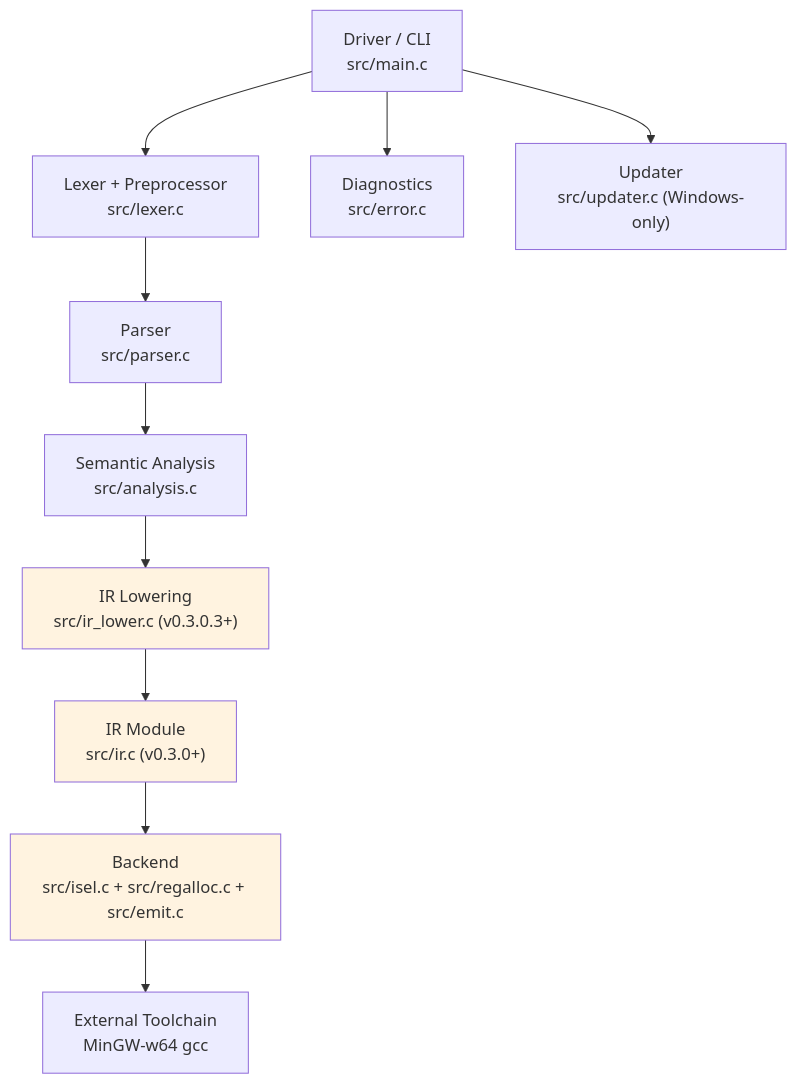
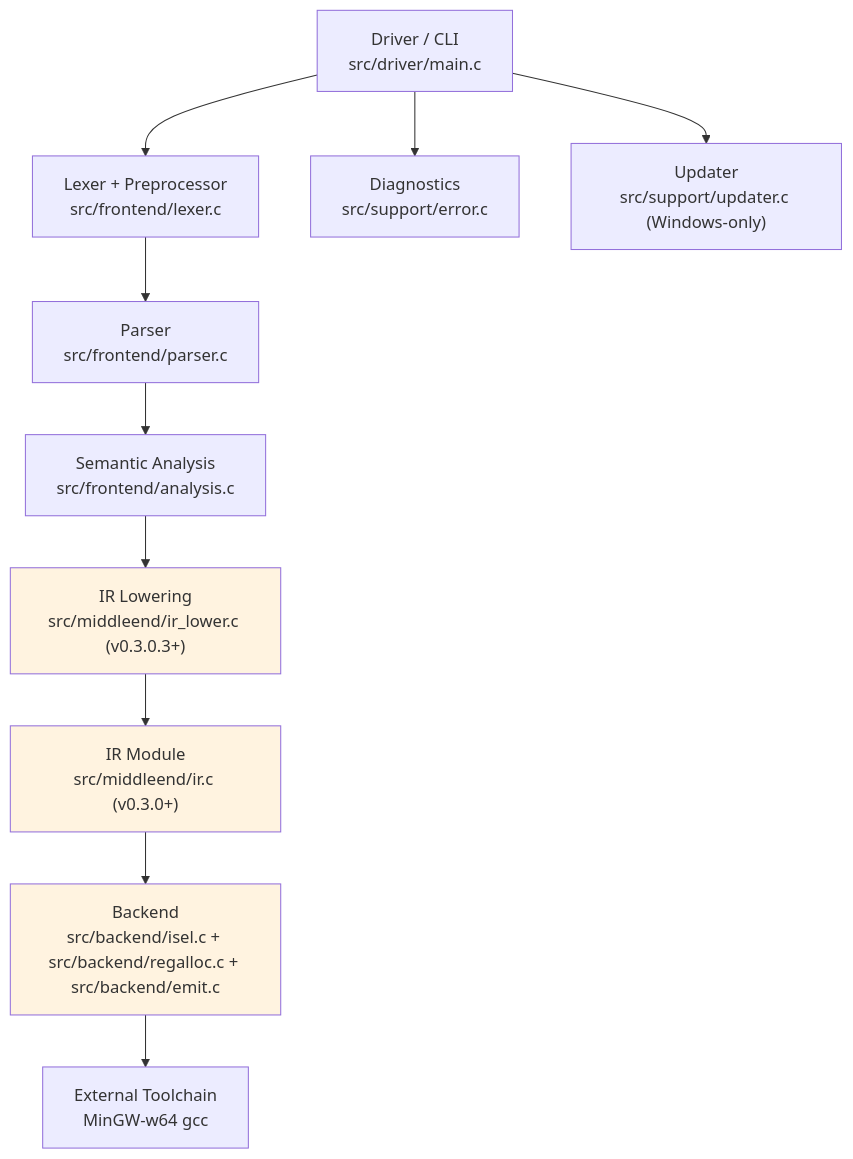
The second of 2 diagrams in docs/INTERNALS.md (OmarAglan/Baa), drawn with Mermaid before and after one commit. The commit also changed other lines of this file and 195 other files, not shown here.

````diff
--- a/docs/INTERNALS.md
+++ b/docs/INTERNALS.md
@@ -85,17 +85,17 @@
 ```mermaid
 flowchart TB
-    Driver["Driver / CLI\nsrc/main.c"] --> Lexer["Lexer + Preprocessor\nsrc/lexer.c"]
-    Lexer --> Parser["Parser\nsrc/parser.c"]
-    Parser --> Analyzer["Semantic Analysis\nsrc/analysis.c"]
-    Analyzer --> Lower["IR Lowering\nsrc/ir_lower.c (v0.3.0.3+)"]
-    Lower --> IR["IR Module\nsrc/ir.c (v0.3.0+)"]
-    IR --> Backend["Backend\nsrc/isel.c + src/regalloc.c + src/emit.c"]
+    Driver["Driver / CLI\nsrc/driver/main.c"] --> Lexer["Lexer + Preprocessor\nsrc/frontend/lexer.c"]
+    Lexer --> Parser["Parser\nsrc/frontend/parser.c"]
+    Parser --> Analyzer["Semantic Analysis\nsrc/frontend/analysis.c"]
+    Analyzer --> Lower["IR Lowering\nsrc/middleend/ir_lower.c (v0.3.0.3+)"]
+    Lower --> IR["IR Module\nsrc/middleend/ir.c (v0.3.0+)"]
+    IR --> Backend["Backend\nsrc/backend/isel.c + src/backend/regalloc.c + src/backend/emit.c"]
     Backend --> GCC["External Toolchain\nMinGW-w64 gcc"]
 
-    Driver --> Diagnostics["Diagnostics\nsrc/error.c"]
-    Driver --> Updater["Updater\nsrc/updater.c (Windows-only)"]
+    Driver --> Diagnostics["Diagnostics\nsrc/support/error.c"]
+    Driver --> Updater["Updater\nsrc/support/updater.c (Windows-only)"]
     
     style Lower fill:#fff3e0
     style IR fill:#fff3e0
     style Backend fill:#fff3e0
 ```
````
